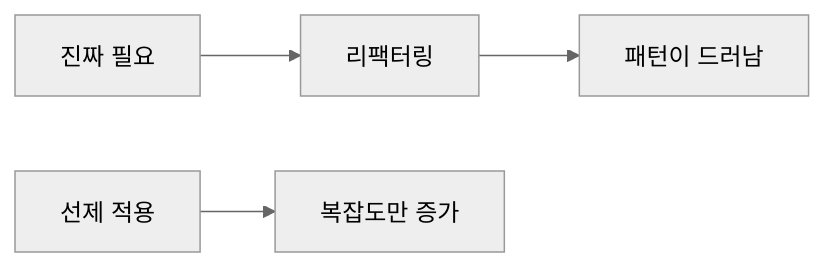
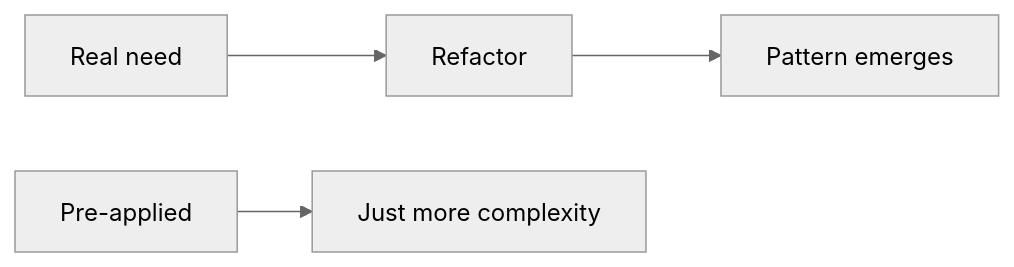
One commit to yeongseon-books/book-content changed the diagram in content/design-patterns-101/ko/09-avoiding-pattern-overuse.md. Above: the diagram before and after it, drawn with Mermaid (neutral theme). The commit also changed other lines of this file and 9 other files, not shown here.

````diff
--- a/content/design-patterns-101/ko/09-avoiding-pattern-overuse.md
+++ b/content/design-patterns-101/ko/09-avoiding-pattern-overuse.md
@@ -36,6 +50,6 @@
 ```mermaid
 flowchart LR
-    Need["진짜 필요"] --> Refactor["리팩터링"]
-    Refactor --> Pattern["패턴이 드러남"]
-    Premature["선제 적용"] --> Junk["복잡도만 증가"]
+    Need["Real need"] --> Refactor["Refactor"]
+    Refactor --> Pattern["Pattern emerges"]
+    Premature["Pre-applied"] --> Junk["Just more complexity"]
 ```
````
